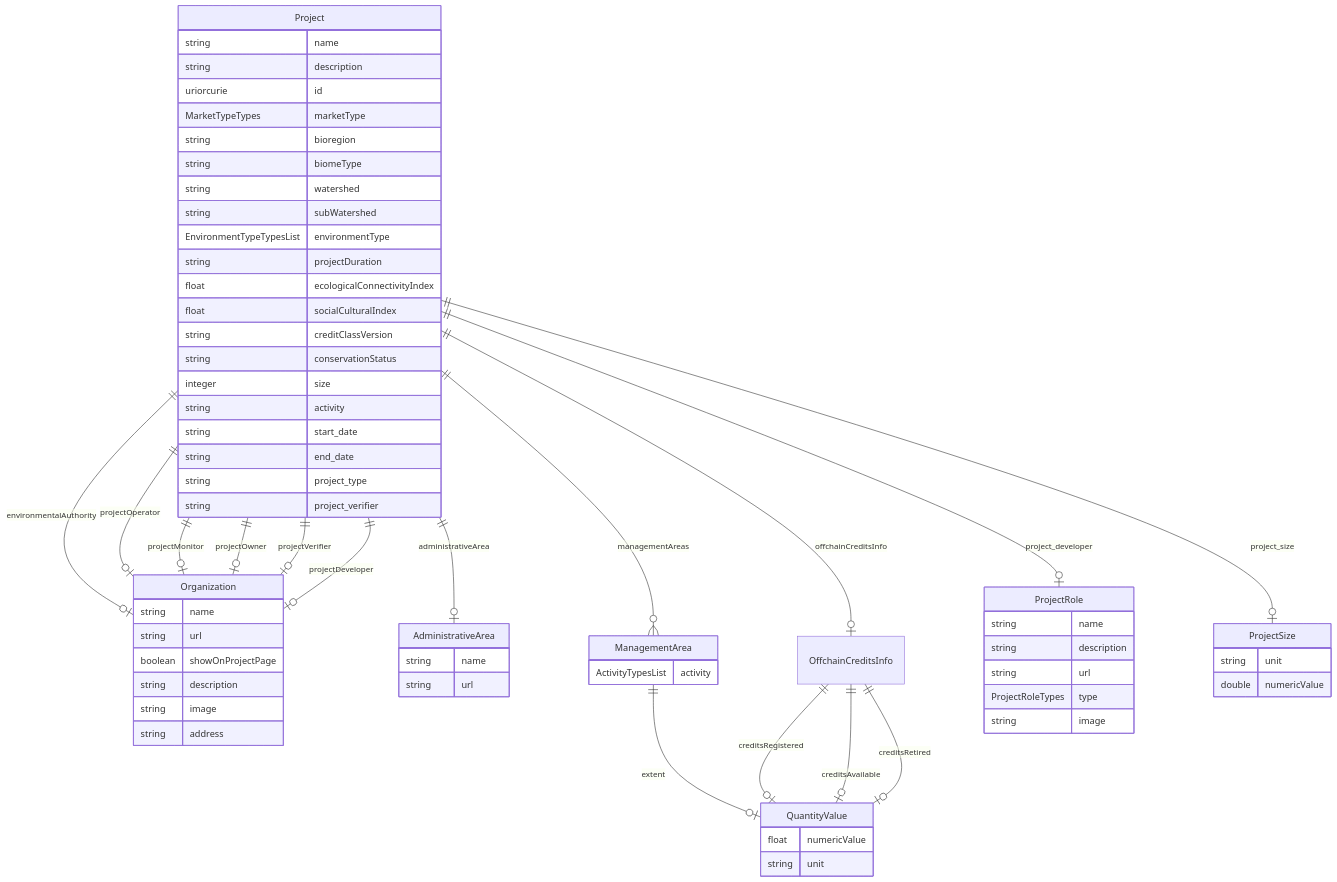
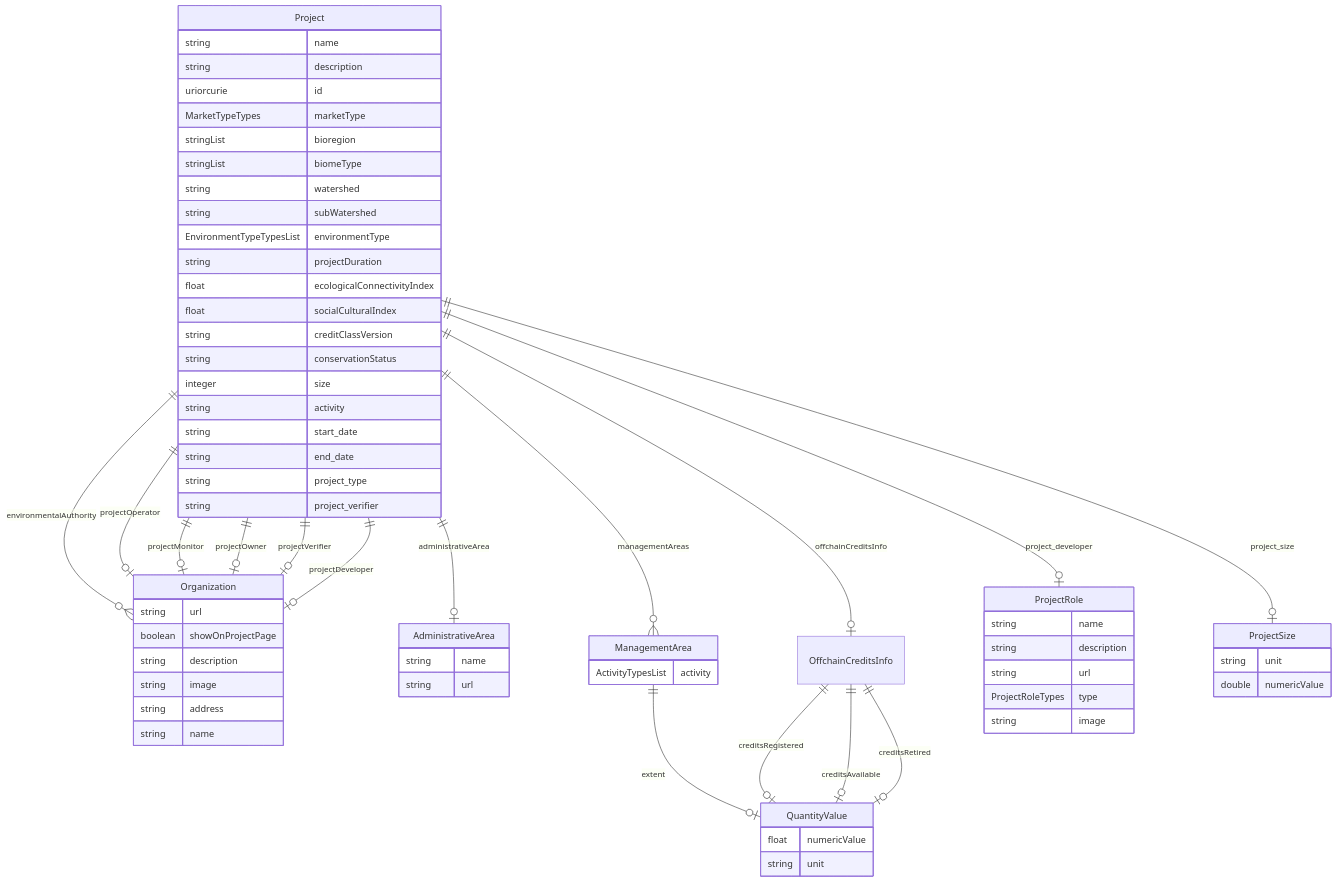
The diagram in schema/generated/Project.md (regen-network/regen-data-standards), drawn with Mermaid before and after one commit. The commit also changed other lines of this file and 12 other files, not shown here.

Commit message:
make bioregion, biometype, and environmental authority multivalued

````diff
--- a/schema/generated/Project.md
+++ b/schema/generated/Project.md
@@ -11,75 +11,75 @@
 ```mermaid
 erDiagram
 Project {
     string name  
     string description  
     uriorcurie id  
     MarketTypeTypes marketType  
-    string bioregion  
-    string biomeType  
+    stringList bioregion  
+    stringList biomeType  
     string watershed  
     string subWatershed  
     EnvironmentTypeTypesList environmentType  
     string projectDuration  
     float ecologicalConnectivityIndex  
     float socialCulturalIndex  
     string creditClassVersion  
     string conservationStatus  
     integer size  
     string activity  
     string start_date  
     string end_date  
     string project_type  
     string project_verifier  
 }
 Organization {
-    string name  
     string url  
     boolean showOnProjectPage  
     string description  
     string image  
     string address  
+    string name  
 }
 AdministrativeArea {
     string name  
     string url  
 }
 ManagementArea {
     ActivityTypesList activity  
 }
 QuantityValue {
     float numericValue  
     string unit  
 }
 OffchainCreditsInfo {
 
 }
 ProjectRole {
     string name  
     string description  
     string url  
     ProjectRoleTypes type  
     string image  
 }
 ProjectSize {
     string unit  
     double numericValue  
 }
 
 Project ||--|o ProjectSize : "project_size"
 Project ||--|o ProjectRole : "project_developer"
-Project ||--|o Organization : "environmentalAuthority"
+Project ||--}o Organization : "environmentalAuthority"
 Project ||--|o OffchainCreditsInfo : "offchainCreditsInfo"
 Project ||--}o ManagementArea : "managementAreas"
 Project ||--|o AdministrativeArea : "administrativeArea"
 Project ||--|o Organization : "projectOperator"
 Project ||--|o Organization : "projectMonitor"
 Project ||--|o Organization : "projectOwner"
 Project ||--|o Organization : "projectVerifier"
 Project ||--|o Organization : "projectDeveloper"
 ManagementArea ||--|o QuantityValue : "extent"
 OffchainCreditsInfo ||--|o QuantityValue : "creditsRegistered"
 OffchainCreditsInfo ||--|o QuantityValue : "creditsAvailable"
 OffchainCreditsInfo ||--|o QuantityValue : "creditsRetired"
 
 ```
````
